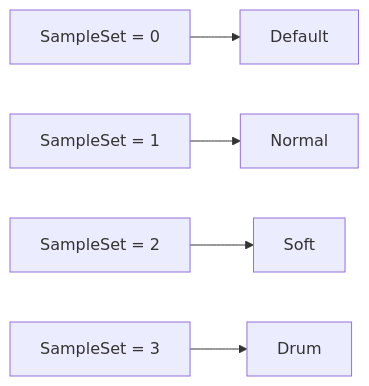
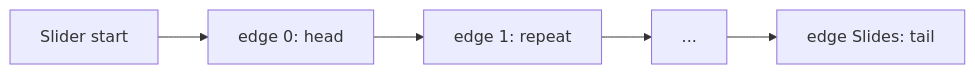
The seventh of 11 diagrams in docs/architecture.md (FAJIFBEFJHA/osu-hitsound-editor), drawn with Mermaid before and after one commit. The commit also changed other lines of this file and 16 other files, not shown here.

````diff
--- a/docs/architecture.md
+++ b/docs/architecture.md
@@ -206,8 +470,8 @@
 ```mermaid
 flowchart LR
 
-    A["SampleSet = 0"] --> E[Default]
-    B["SampleSet = 1"] --> F[Normal]
-    C["SampleSet = 2"] --> G[Soft]
-    D["SampleSet = 3"] --> H[Drum]
+    A[Slider start] --> B["edge 0: head"]
+    B --> C["edge 1: repeat"]
+    C --> D["..."]
+    D --> E["edge Slides: tail"]
 ```
````
